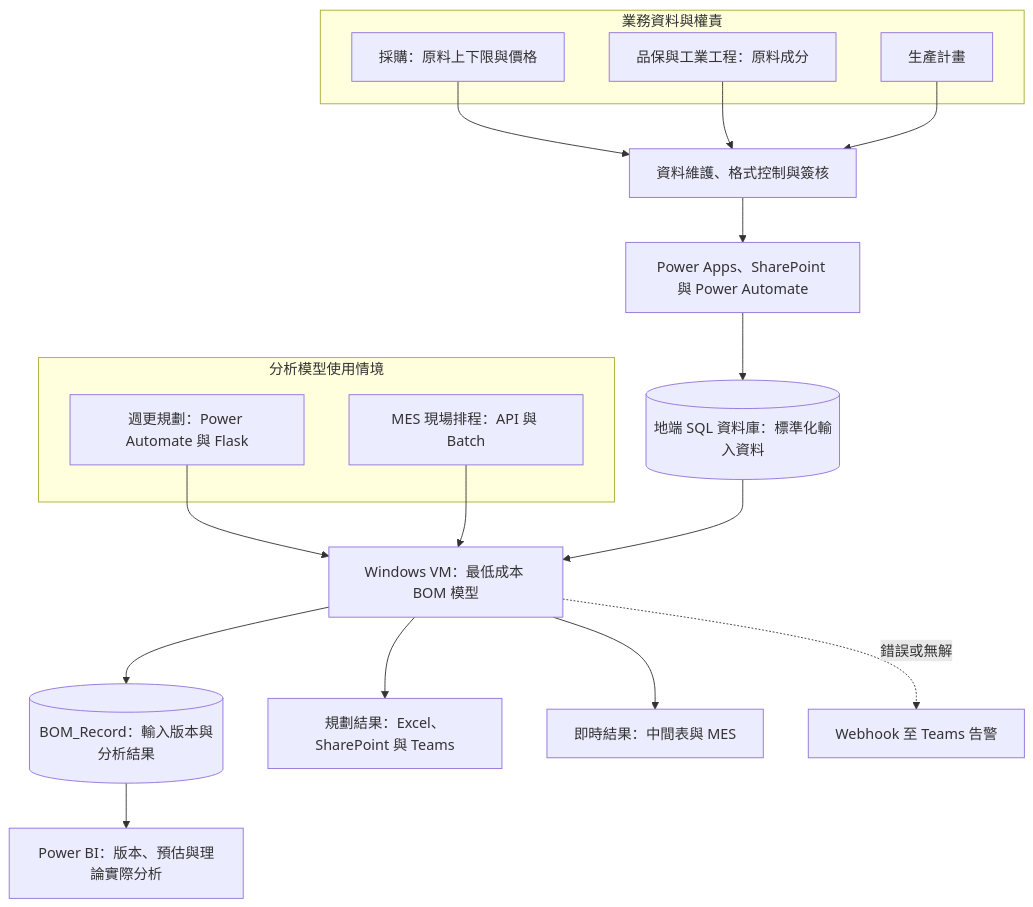
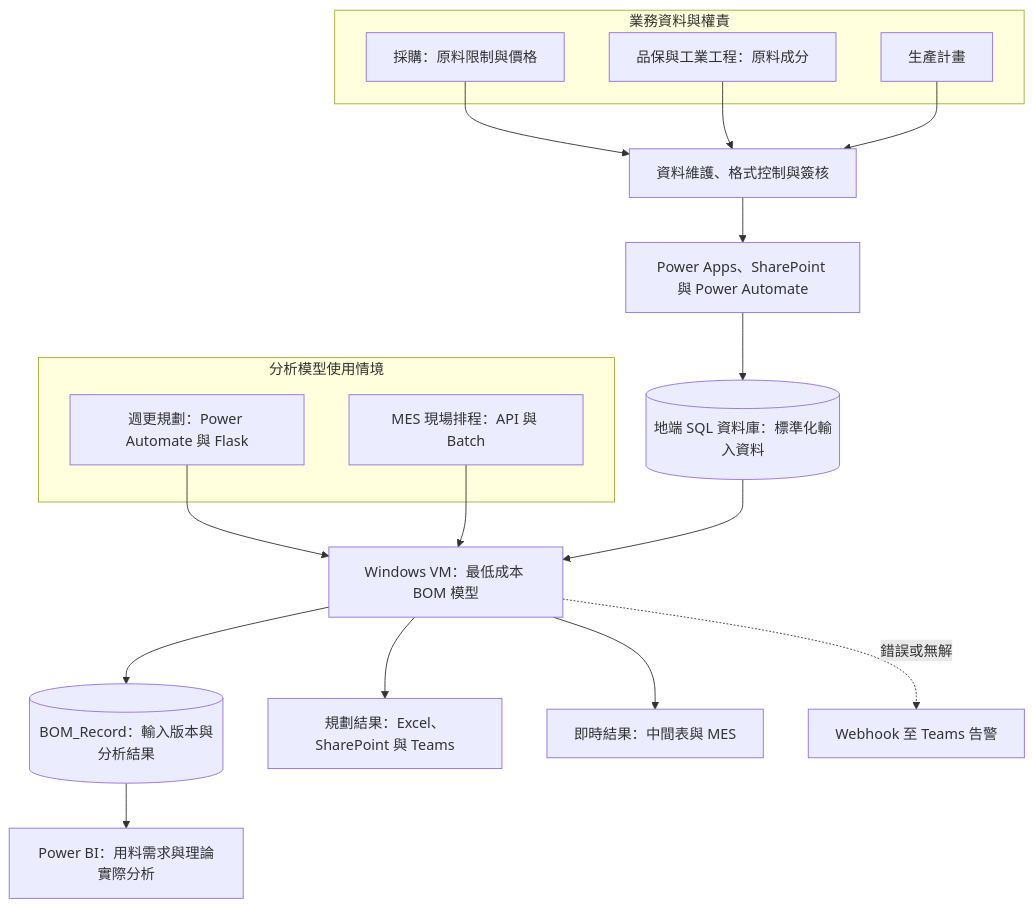
Before and after one commit to ChienChienChien/BOM_Management_Platform: the diagram in README_ZH-TW.md, drawn with Mermaid. The commit also changed other lines of this file, not shown here.

````diff
--- a/README_ZH-TW.md
+++ b/README_ZH-TW.md
@@ -65,29 +65,29 @@
 ```mermaid
 flowchart TB
     subgraph Source[業務資料與權責]
-        A[採購：原料上下限與價格]
+        A[採購：原料限制與價格]
         B[品保與工業工程：原料成分]
         C[生產計畫]
     end
 
     A --> D[資料維護、格式控制與簽核]
     B --> D
     C --> D
     D --> E[Power Apps、SharePoint 與 Power Automate]
     E --> F[(地端 SQL 資料庫：標準化輸入資料)]
 
     subgraph UseCase[分析模型使用情境]
         G[週更規劃：Power Automate 與 Flask]
         H[MES 現場排程：API 與 Batch]
     end
 
     G --> I[Windows VM：最低成本 BOM 模型]
     H --> I
     F --> I
 
     I --> J[(BOM_Record：輸入版本與分析結果)]
     I --> K[規劃結果：Excel、SharePoint 與 Teams]
     I --> L[即時結果：中間表與 MES]
-    J --> M[Power BI：版本、預估與理論實際分析]
+    J --> M[Power BI：用料需求與理論實際分析]
     I -. 錯誤或無解 .-> N[Webhook 至 Teams 告警]
 ```
````
